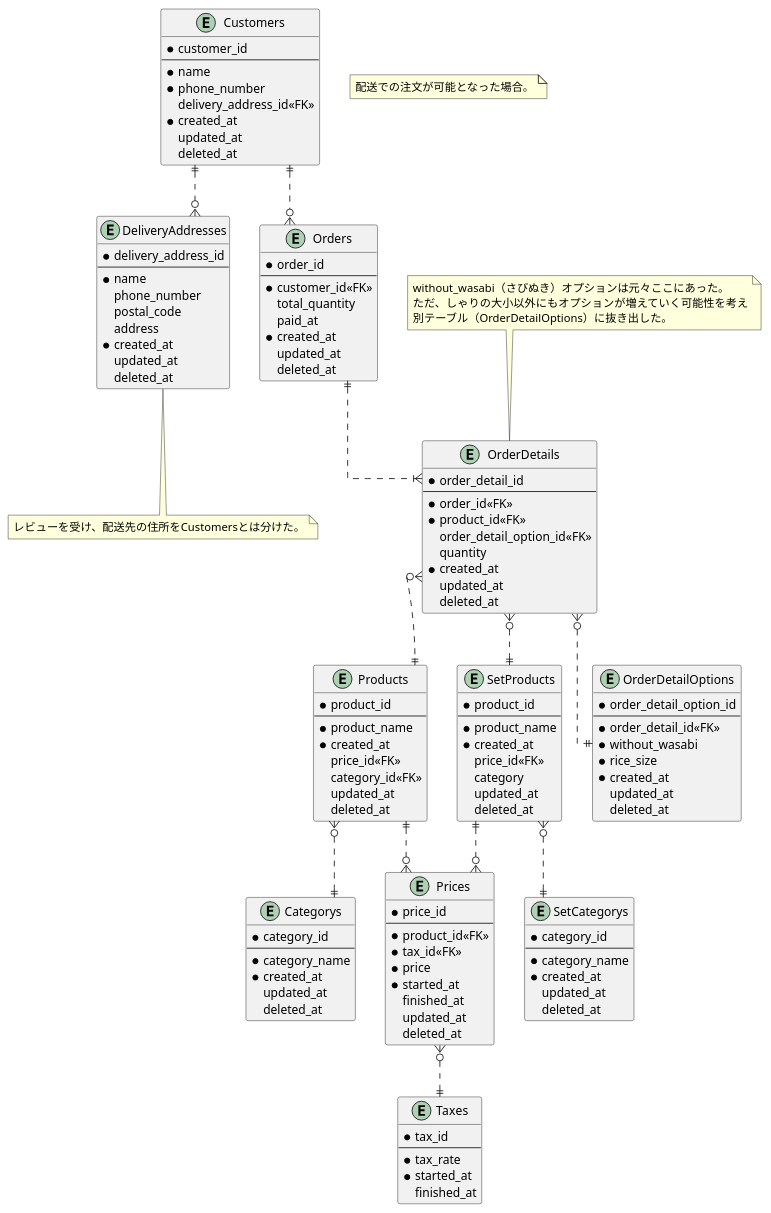
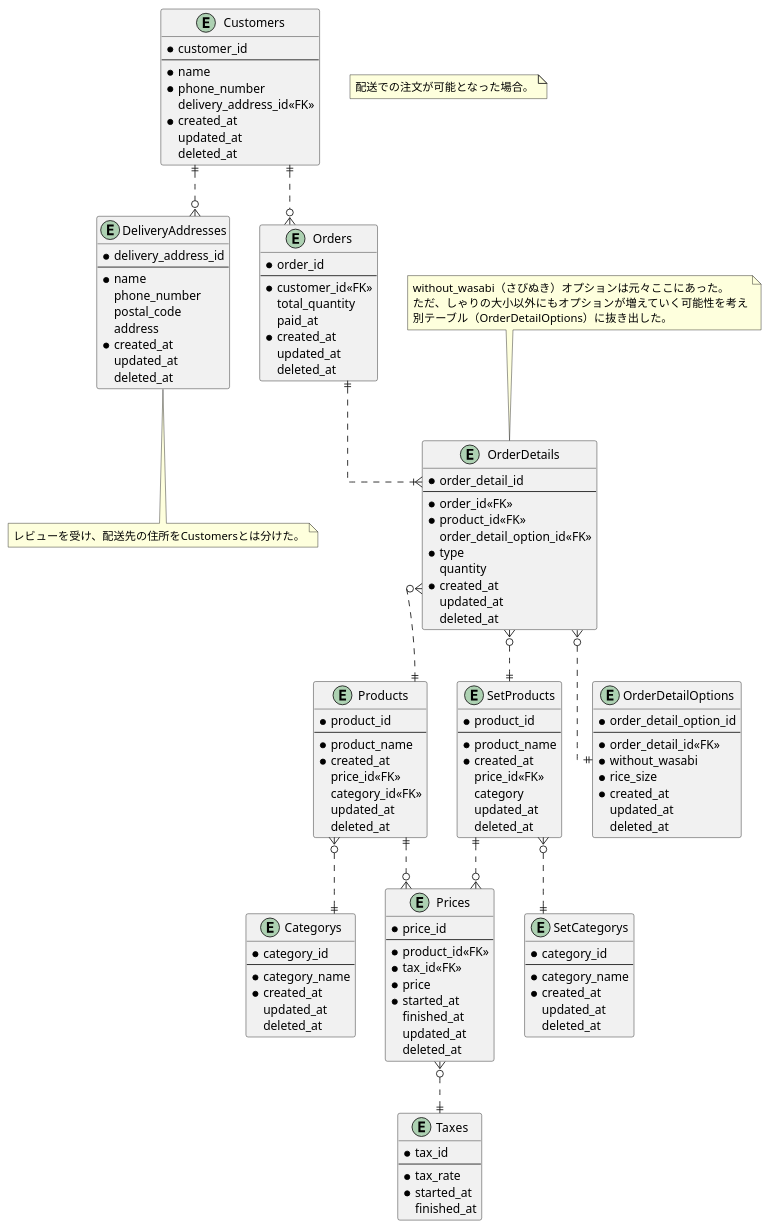
One commit to moritanuki/praha_challenge changed the diagram in 01_データベース設計/01_DBモデリング1/03_課題3/sushi_ordering_schema_03.puml. Above: the diagram before and after it, drawn with PlantUML. The commit also changed 5 other files, not shown here.

```diff
--- a/01_データベース設計/01_DBモデリング1/03_課題3/sushi_ordering_schema_03.puml
+++ b/01_データベース設計/01_DBモデリング1/03_課題3/sushi_ordering_schema_03.puml
@@ -1,160 +1,161 @@
 @startuml sushi_ordering_schema_03
 
 skinparam {
   ' カーディナリティ斜め対策
    linetype ortho
 }
 
 ' 顧客マスタ
 entity "Customers" as Customers {
   * customer_id
   --
   * name
   * phone_number
     delivery_address_id<<FK>>
   * created_at
     updated_at
     deleted_at
 }
 
 ' 顧客マスタ
 entity "DeliveryAddresses" as DeliveryAddresses {
   * delivery_address_id
   --
   * name
     phone_number
     postal_code
     address
   * created_at
     updated_at
     deleted_at
 }
 
 note bottom of DeliveryAddresses
   レビューを受け、配送先の住所をCustomersとは分けた。
 end note
 
 ' 単品商品マスタ
 entity "Products" as Products {
   * product_id
   --
   * product_name
   * created_at
     price_id<<FK>>
     category_id<<FK>>
     updated_at
     deleted_at
 }
 
 ' 商品カテゴリマスタ
 entity "Categorys" as Categorys {
   * category_id
   --
   * category_name
   * created_at
     updated_at
     deleted_at
 }
 
 ' セット商品マスタ
 entity "SetProducts" as SetProducts {
   * product_id
   --
   * product_name
   * created_at
     price_id<<FK>>
     category
     updated_at
     deleted_at
 }
 
 ' セット商品カテゴリマスタ
 entity "SetCategorys" as SetCategorys {
   * category_id
   --
   * category_name
   * created_at
     updated_at
     deleted_at
 }
 
 ' 商品金額テーブル
 entity "Prices" as Prices {
   * price_id
   --
   * product_id<<FK>>
   * tax_id<<FK>>
   * price
   * started_at
     finished_at
     updated_at
     deleted_at
 }
 
 ' 消費税マスタ
 entity "Taxes" as Taxes {
   * tax_id
   --
   * tax_rate
   * started_at
     finished_at
 }
 
 ' 注文テーブル
 entity "Orders" as Orders {
   * order_id
   --
   * customer_id<<FK>>
     total_quantity
     paid_at
   * created_at
     updated_at
     deleted_at
 }
 
 entity "OrderDetails" as OrderDetails {
   * order_detail_id
   --
   * order_id<<FK>>
   * product_id<<FK>>
     order_detail_option_id<<FK>>
+  * type
     quantity
   * created_at
     updated_at
     deleted_at
 }
 
 note top of OrderDetails
   without_wasabi（さびぬき）オプションは元々ここにあった。
   ただ、しゃりの大小以外にもオプションが増えていく可能性を考え
   別テーブル（OrderDetailOptions）に抜き出した。
 end note
 
 entity "OrderDetailOptions" as OrderDetailOptions {
   * order_detail_option_id
   --
   * order_detail_id<<FK>>
   * without_wasabi
   * rice_size
   * created_at
     updated_at
     deleted_at
 }
 
 Customers ||..o{ DeliveryAddresses
 Customers ||..o{ Orders
 Orders ||..|{ OrderDetails
 OrderDetails }o..|| OrderDetailOptions
 OrderDetails }o..|| Products
 OrderDetails }o..|| SetProducts
 Products ||..o{ Prices
 SetProducts ||..o{ Prices
 Products }o..|| Categorys
 SetProducts }o..|| SetCategorys
 Prices }o..|| Taxes
 
 note as note1
   配送での注文が可能となった場合。
 end note
 
 @enduml
```
